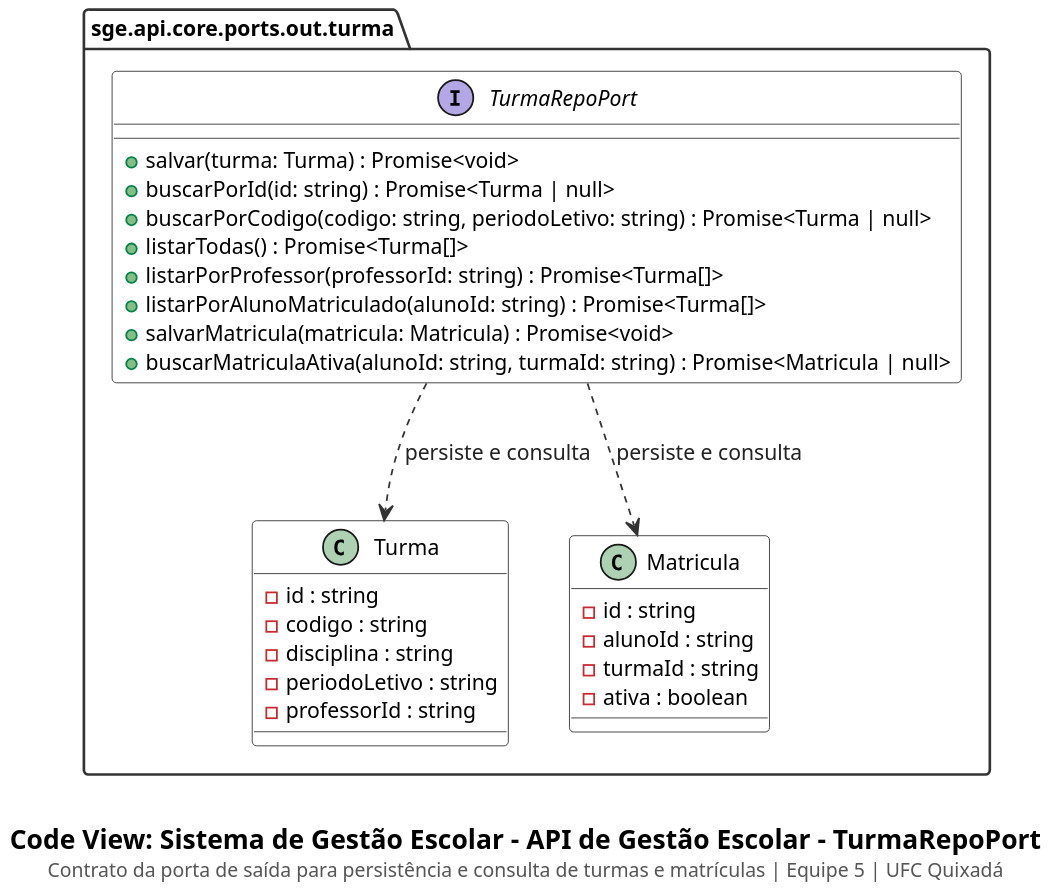
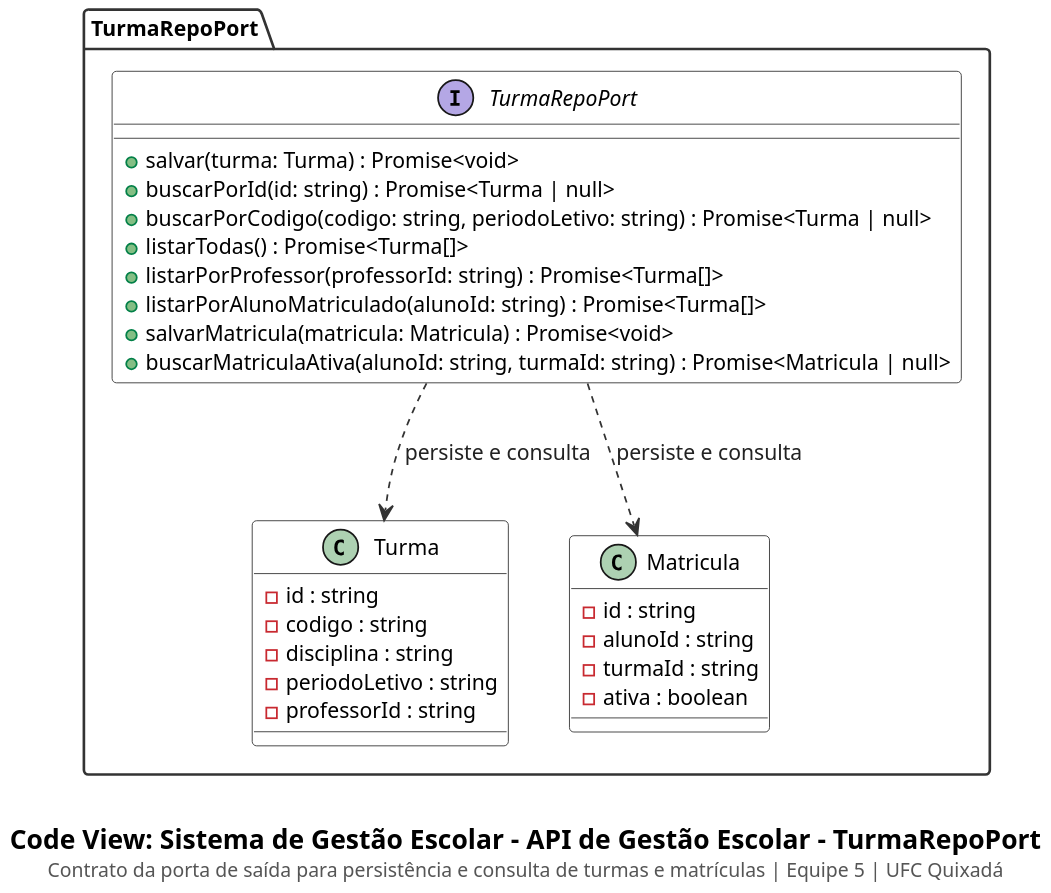
Before and after one commit to cicerocarnauba/sistema-gestao-escolar: the diagram in docs/code/turma-repo-port.puml, drawn with PlantUML. The commit also changed 14 other files, not shown here.

```diff
--- a/docs/code/turma-repo-port.puml
+++ b/docs/code/turma-repo-port.puml
@@ -1,53 +1,53 @@
 @startuml
 set separator none
 top to bottom direction
 skinparam backgroundColor #FFFFFF
 skinparam shadowing false
 skinparam dpi 180
 skinparam defaultFontName "SansSerif"
 skinparam defaultFontSize 12
 skinparam packageStyle folder
 skinparam packageBackgroundColor #FFFFFF
 skinparam packageBorderColor #333333
 skinparam packageFontStyle bold
 skinparam classBackgroundColor #FFFFFF
 skinparam classHeaderBackgroundColor #FFFFFF
 skinparam classBorderColor #333333
 skinparam arrowColor #333333
 skinparam arrowFontColor #222222
 skinparam noteBackgroundColor #FAFAFA
 skinparam noteBorderColor #666666
 
-package "sge.api.core.ports.out.turma" {
+package "TurmaRepoPort" as pkg_turma_repo_port {
     interface TurmaRepoPort {
         + salvar(turma: Turma) : Promise<void>
         + buscarPorId(id: string) : Promise<Turma | null>
         + buscarPorCodigo(codigo: string, periodoLetivo: string) : Promise<Turma | null>
         + listarTodas() : Promise<Turma[]>
         + listarPorProfessor(professorId: string) : Promise<Turma[]>
         + listarPorAlunoMatriculado(alunoId: string) : Promise<Turma[]>
         + salvarMatricula(matricula: Matricula) : Promise<void>
         + buscarMatriculaAtiva(alunoId: string, turmaId: string) : Promise<Matricula | null>
     }
 
     class Turma {
         - id : string
         - codigo : string
         - disciplina : string
         - periodoLetivo : string
         - professorId : string
     }
 
     class Matricula {
         - id : string
         - alunoId : string
         - turmaId : string
         - ativa : boolean
     }
 
     TurmaRepoPort ..> Turma : persiste e consulta
     TurmaRepoPort ..> Matricula : persiste e consulta
 }
 
 caption \n<size:15><b>Code View: Sistema de Gestão Escolar - API de Gestão Escolar - TurmaRepoPort</b></size>\n<size:11><color:#555555>Contrato da porta de saída para persistência e consulta de turmas e matrículas | Equipe 5 | UFC Quixadá</color></size>
 @enduml
```
